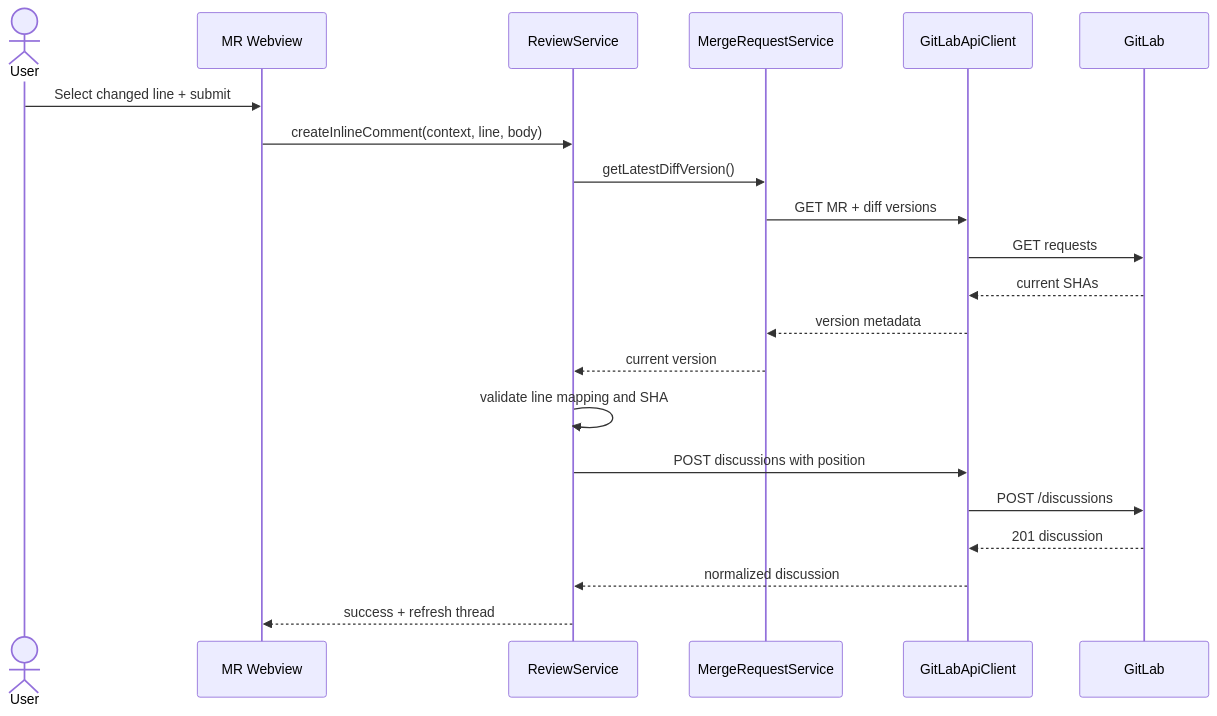
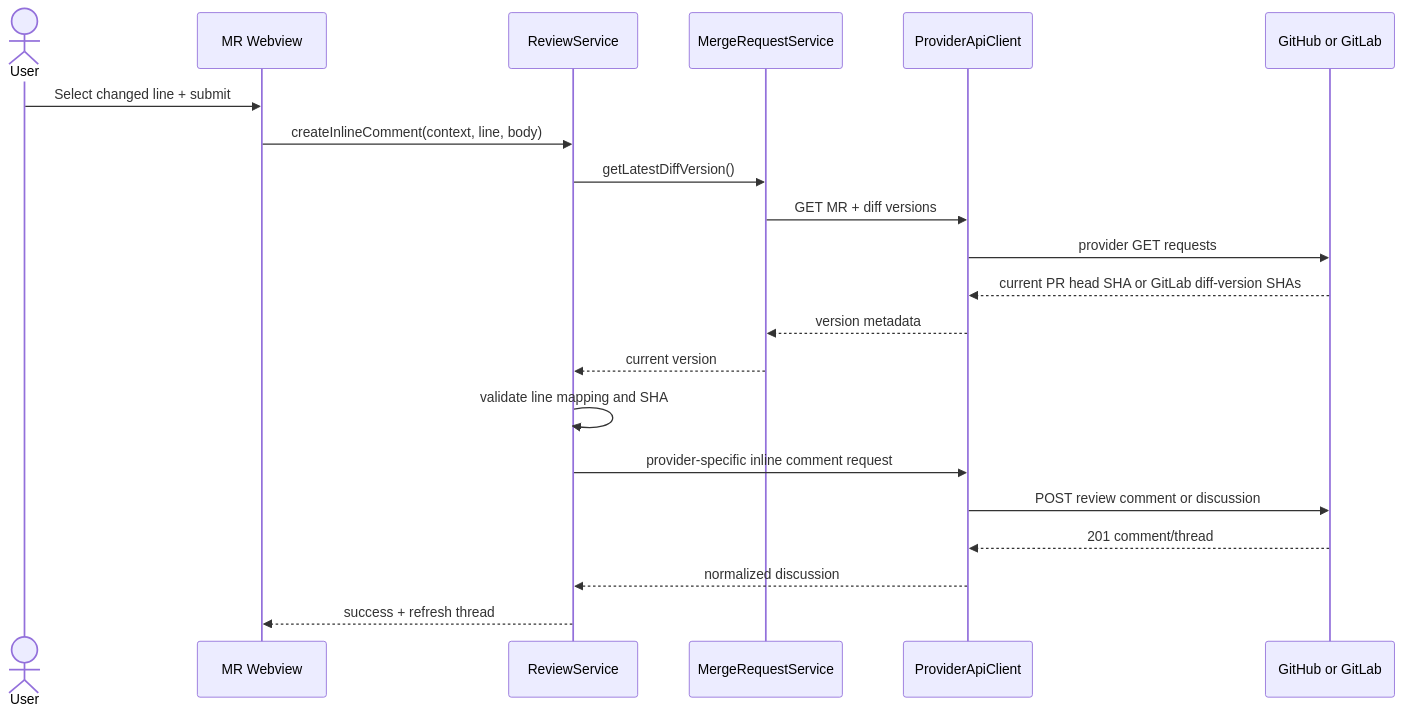
One commit to minh-lb/vscode-reviewdock changed the fourth of 5 diagrams in docs/SDS.md. Above: the diagram before and after it, drawn with Mermaid. The commit also changed other lines of this file, not shown here.

Commit message:
docs: make SDS provider-neutral and preserve review semantics

```diff
--- a/docs/SDS.md
+++ b/docs/SDS.md
@@ -462,24 +542,24 @@
 ~~~mermaid
 sequenceDiagram
   actor User
   participant Web as MR Webview
   participant Review as ReviewService
   participant MR as MergeRequestService
-  participant API as GitLabApiClient
-  participant GL as GitLab
+  participant API as ProviderApiClient
+  participant Provider as GitHub or GitLab
 
   User->>Web: Select changed line + submit
   Web->>Review: createInlineComment(context, line, body)
   Review->>MR: getLatestDiffVersion()
   MR->>API: GET MR + diff versions
-  API->>GL: GET requests
-  GL-->>API: current SHAs
+  API->>Provider: provider GET requests
+  Provider-->>API: current PR head SHA or GitLab diff-version SHAs
   API-->>MR: version metadata
   MR-->>Review: current version
   Review->>Review: validate line mapping and SHA
-  Review->>API: POST discussions with position
-  API->>GL: POST /discussions
-  GL-->>API: 201 discussion
+  Review->>API: provider-specific inline comment request
+  API->>Provider: POST review comment or discussion
+  Provider-->>API: 201 comment/thread
   API-->>Review: normalized discussion
   Review-->>Web: success + refresh thread
 ~~~
```
